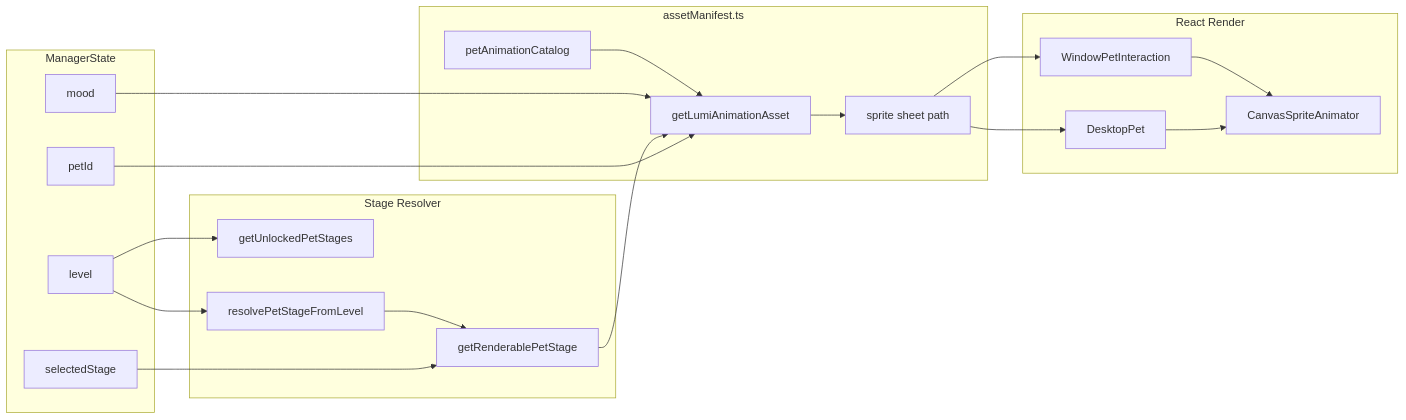
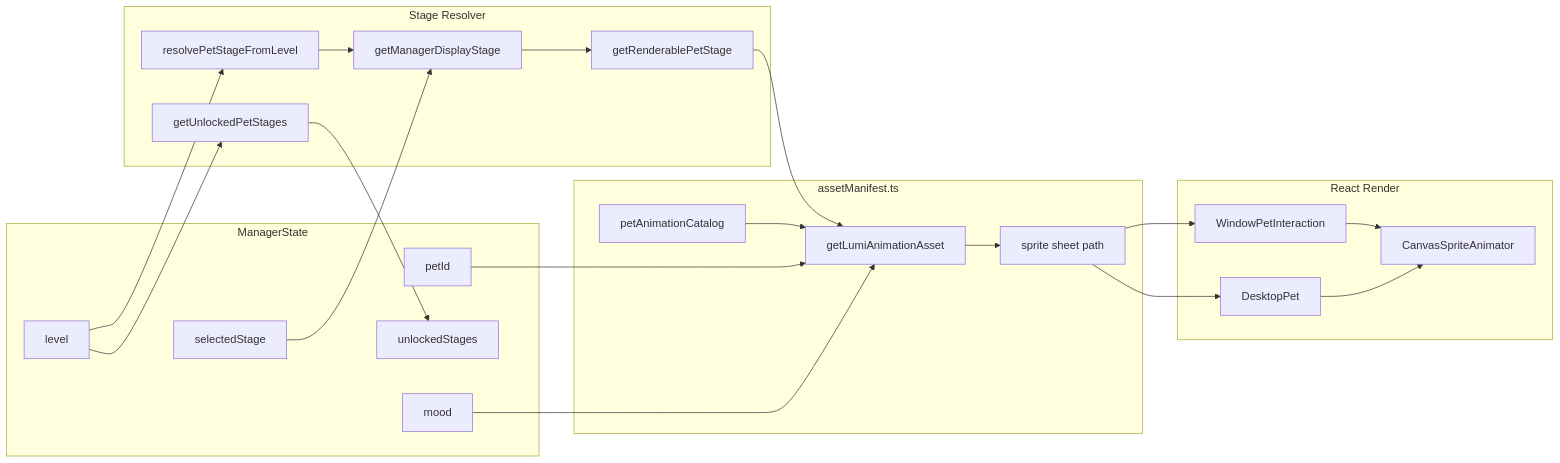
Before and after one commit to Mureung1/hub-showcase: the fourth of 5 diagrams in docs/architecture-data-flow.md, drawn with Mermaid. The commit also changed other lines of this file and 36 other files, not shown here.

````diff
--- a/docs/architecture-data-flow.md
+++ b/docs/architecture-data-flow.md
@@ -134,41 +169,45 @@
 ```mermaid
 flowchart LR
   subgraph ManagerState["ManagerState"]
     PetId["petId"]
     Level["level"]
+    UnlockedStages["unlockedStages"]
     SelectedStage["selectedStage"]
     Mood["mood"]
   end
 
   subgraph Resolver["Stage Resolver"]
     Unlocks["getUnlockedPetStages"]
     Resolve["resolvePetStageFromLevel"]
+    Display["getManagerDisplayStage"]
     Renderable["getRenderablePetStage"]
   end
 
   subgraph Manifest["assetManifest.ts"]
     Catalog["petAnimationCatalog"]
     GetAsset["getLumiAnimationAsset"]
     Path["sprite sheet path"]
   end
 
   subgraph Render["React Render"]
     DesktopPet["DesktopPet"]
     WindowPet["WindowPetInteraction"]
     Canvas["CanvasSpriteAnimator"]
   end
 
   PetId --> GetAsset
   Level --> Unlocks
+  Unlocks --> UnlockedStages
   Level --> Resolve
-  SelectedStage --> Renderable
-  Resolve --> Renderable
+  SelectedStage --> Display
+  Resolve --> Display
+  Display --> Renderable
   Renderable --> GetAsset
   Mood --> GetAsset
   Catalog --> GetAsset
   GetAsset --> Path
   Path --> DesktopPet
   Path --> WindowPet
   DesktopPet --> Canvas
   WindowPet --> Canvas
 ```
````
